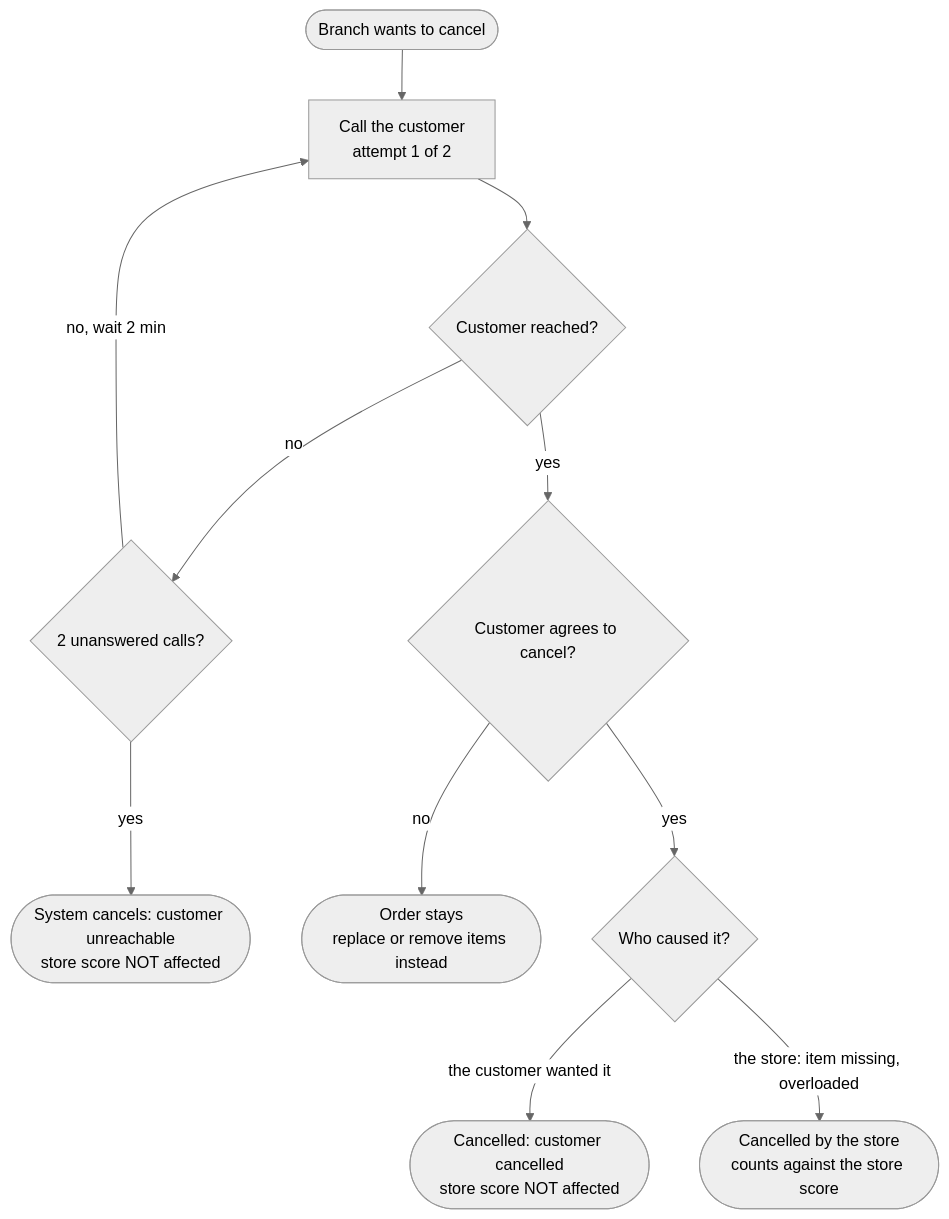
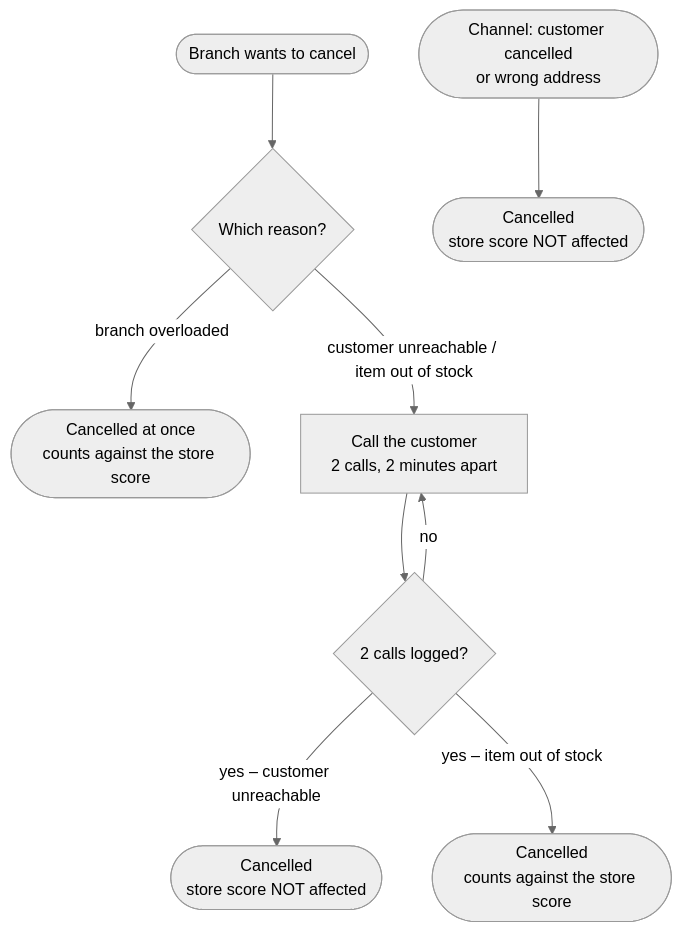
Before and after one commit to hasantaskesen/VetisPilot: the fifth of 5 diagrams in docs/analysis/04-order-process.md, drawn with Mermaid (neutral theme). The commit also changed other lines of this file and 20 other files, not shown here.

````diff
--- a/docs/analysis/04-order-process.md
+++ b/docs/analysis/04-order-process.md
@@ -206,13 +206,11 @@
 ```mermaid
 flowchart TD
-    A(["Branch wants to cancel"]) --> B["Call the customer<br/>attempt 1 of 2"]
-    B --> C{"Customer reached?"}
-    C -->|no| D{"2 unanswered calls?"}
-    D -->|"no, wait 2 min"| B
-    D -->|yes| E(["System cancels: customer unreachable<br/>store score NOT affected"])
-    C -->|yes| F{"Customer agrees to cancel?"}
-    F -->|no| G(["Order stays<br/>replace or remove items instead"])
-    F -->|yes| H{"Who caused it?"}
-    H -->|"the customer wanted it"| I(["Cancelled: customer cancelled<br/>store score NOT affected"])
-    H -->|"the store: item missing, overloaded"| J(["Cancelled by the store<br/>counts against the store score"])
+    A(["Branch wants to cancel"]) --> B{"Which reason?"}
+    B -->|"branch overloaded"| C(["Cancelled at once<br/>counts against the store score"])
+    B -->|"customer unreachable / item out of stock"| D["Call the customer<br/>2 calls, 2 minutes apart"]
+    D --> E{"2 calls logged?"}
+    E -->|no| D
+    E -->|"yes – customer unreachable"| F(["Cancelled<br/>store score NOT affected"])
+    E -->|"yes – item out of stock"| G(["Cancelled<br/>counts against the store score"])
+    H(["Channel: customer cancelled<br/>or wrong address"]) --> I(["Cancelled<br/>store score NOT affected"])
 ```
````
